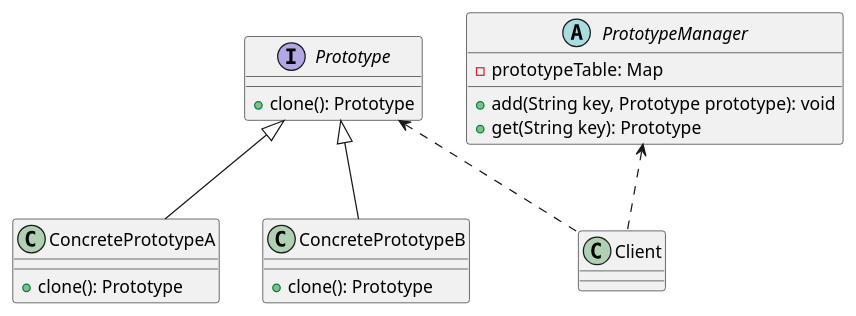
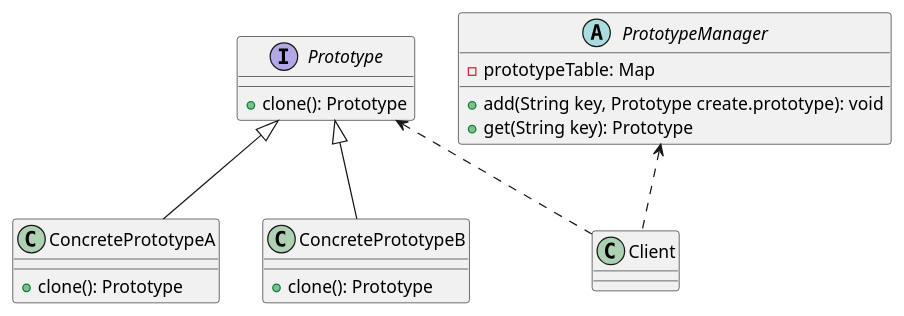
The diagram in uml/prototype/case2.puml (pursueEJ/design-pattern-study), drawn with PlantUML before and after one commit. The commit also changed 19 other files, not shown here.

```diff
--- a/uml/prototype/case2.puml
+++ b/uml/prototype/case2.puml
@@ -1,30 +1,30 @@
 @startuml
 'https://plantuml.com/class-diagram
 
 interface Prototype {
     +clone(): Prototype
 }
 
 class ConcretePrototypeA {
     +clone(): Prototype
 }
 
 class ConcretePrototypeB {
     +clone(): Prototype
 }
 
 Prototype <|-- ConcretePrototypeA
 Prototype <|-- ConcretePrototypeB
 
 abstract PrototypeManager {
     -prototypeTable: Map
-    +add(String key, Prototype prototype): void
+    +add(String key, Prototype create.prototype): void
     +get(String key): Prototype
 }
 
 class Client
 
 Prototype <.. Client
 PrototypeManager <.. Client
 
 @enduml
```
